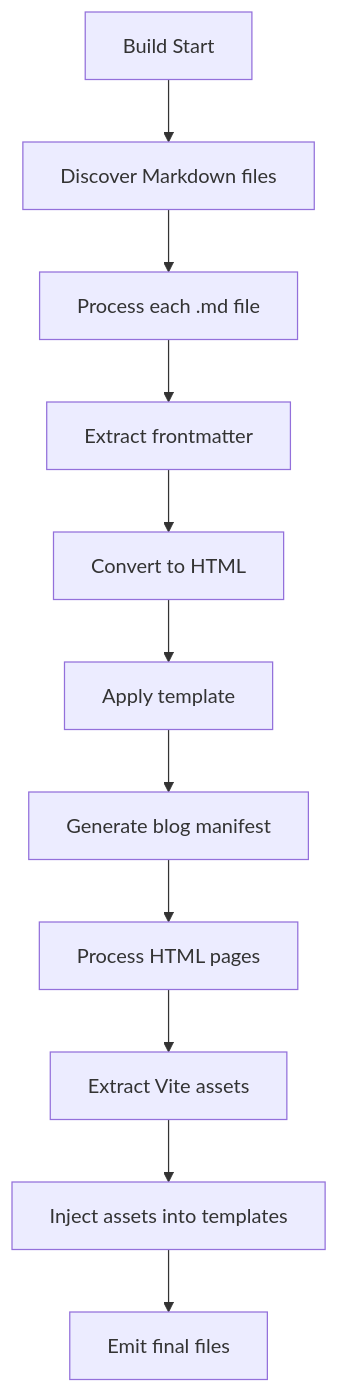
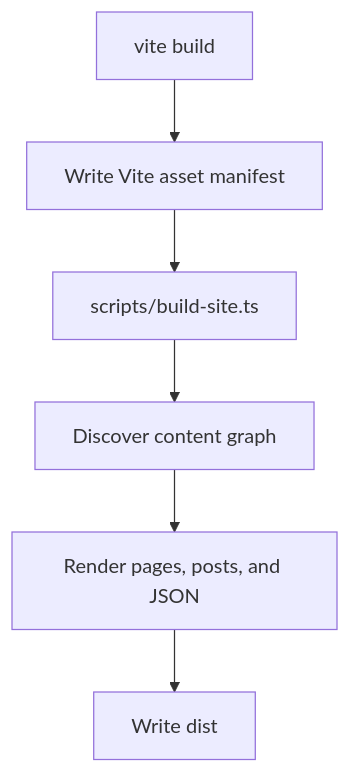
Before and after one commit to KyleBlankRollins/Web-Portfolio: the second of 2 diagrams in source/builder/README.md, drawn with Mermaid. The commit also changed other lines of this file and 38 other files, not shown here.

````diff
--- a/source/builder/README.md
+++ b/source/builder/README.md
@@ -559,13 +360,8 @@
 ```mermaid
 graph TD
-    A[Build Start] --> B[Discover Markdown files]
-    B --> C[Process each .md file]
-    C --> D[Extract frontmatter]
-    D --> E[Convert to HTML]
-    E --> F[Apply template]
-    F --> G[Generate blog manifest]
-    G --> H[Process HTML pages]
-    H --> I[Extract Vite assets]
-    I --> J[Inject assets into templates]
-    J --> K[Emit final files]
+  A[vite build] --> B[Write Vite asset manifest]
+  B --> C[scripts/build-site.ts]
+  C --> D[Discover content graph]
+  D --> E[Render pages, posts, and JSON]
+  E --> F[Write dist]
 ```
````
